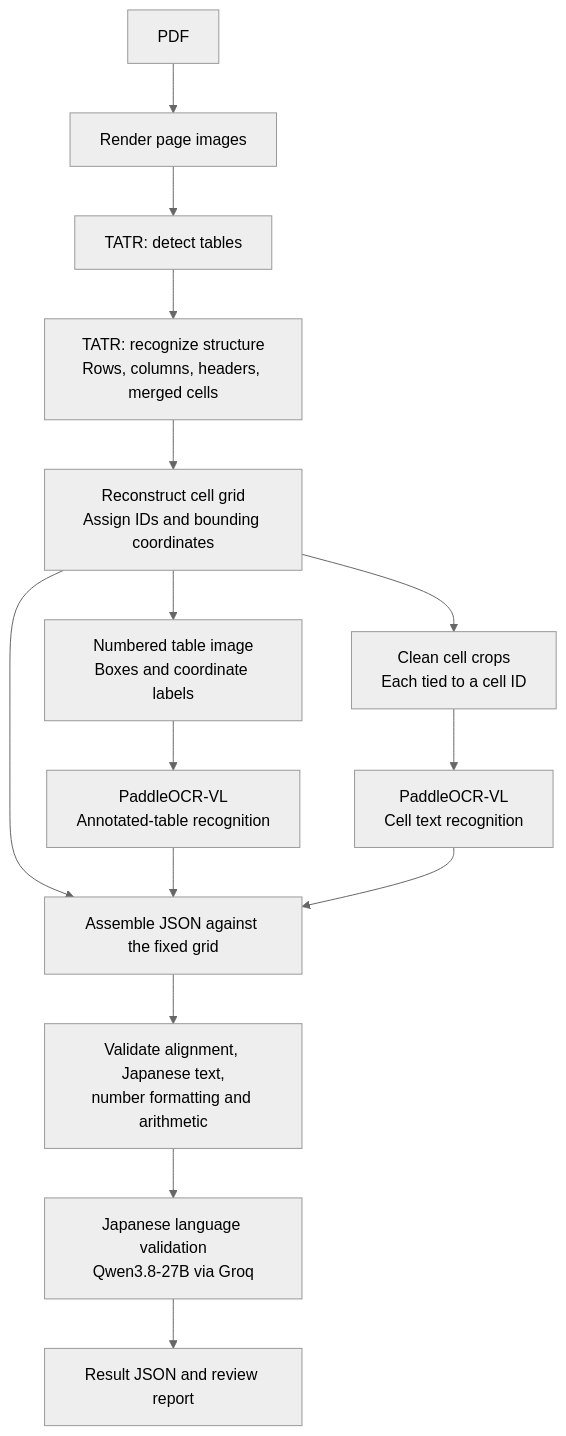
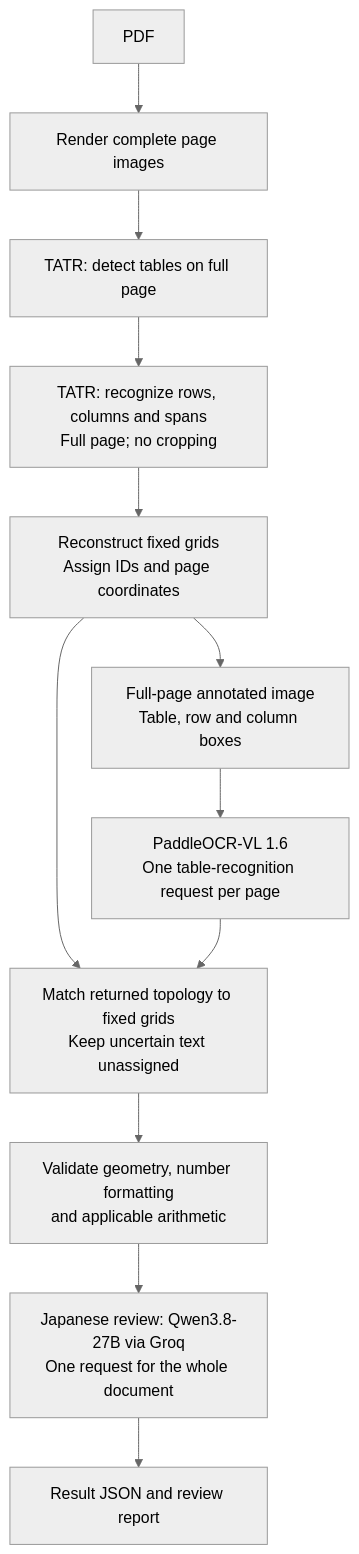
One commit to Himkeshtak/Ur-AI-Assignment changed the diagram in docs/architecture.md. Above: the diagram before and after it, drawn with Mermaid (neutral theme). The commit also changed other lines of this file and 74 other files, not shown here.

````diff
--- a/docs/architecture.md
+++ b/docs/architecture.md
@@ -429,17 +9,14 @@
 ```mermaid
 flowchart TD
-    A["PDF"] --> B["Render page images"]
-    B --> C["TATR: detect tables"]
-    C --> D["TATR: recognize structure<br/>Rows, columns, headers, merged cells"]
-    D --> E["Reconstruct cell grid<br/>Assign IDs and bounding coordinates"]
-    E --> F["Numbered table image<br/>Boxes and coordinate labels"]
-    E --> G["Clean cell crops<br/>Each tied to a cell ID"]
-    F --> H["PaddleOCR-VL<br/>Annotated-table recognition"]
-    G --> I["PaddleOCR-VL<br/>Cell text recognition"]
-    E --> J["Assemble JSON against the fixed grid"]
+    A["PDF"] --> B["Render complete page images"]
+    B --> C["TATR: detect tables on full page"]
+    C --> D["TATR: recognize rows, columns and spans<br/>Full page; no cropping"]
+    D --> E["Reconstruct fixed grids<br/>Assign IDs and page coordinates"]
+    E --> F["Full-page annotated image<br/>Table, row and column boxes"]
+    F --> H["PaddleOCR-VL 1.6<br/>One table-recognition request per page"]
+    E --> J["Match returned topology to fixed grids<br/>Keep uncertain text unassigned"]
     H --> J
-    I --> J
-    J --> K["Validate alignment, Japanese text,<br/>number formatting and arithmetic"]
-    K --> M["Japanese language validation<br/>Qwen3.8-27B via Groq"]
+    J --> K["Validate geometry, number formatting<br/>and applicable arithmetic"]
+    K --> M["Japanese review: Qwen3.8-27B via Groq<br/>One request for the whole document"]
     M --> L["Result JSON and review report"]
 ```
````
